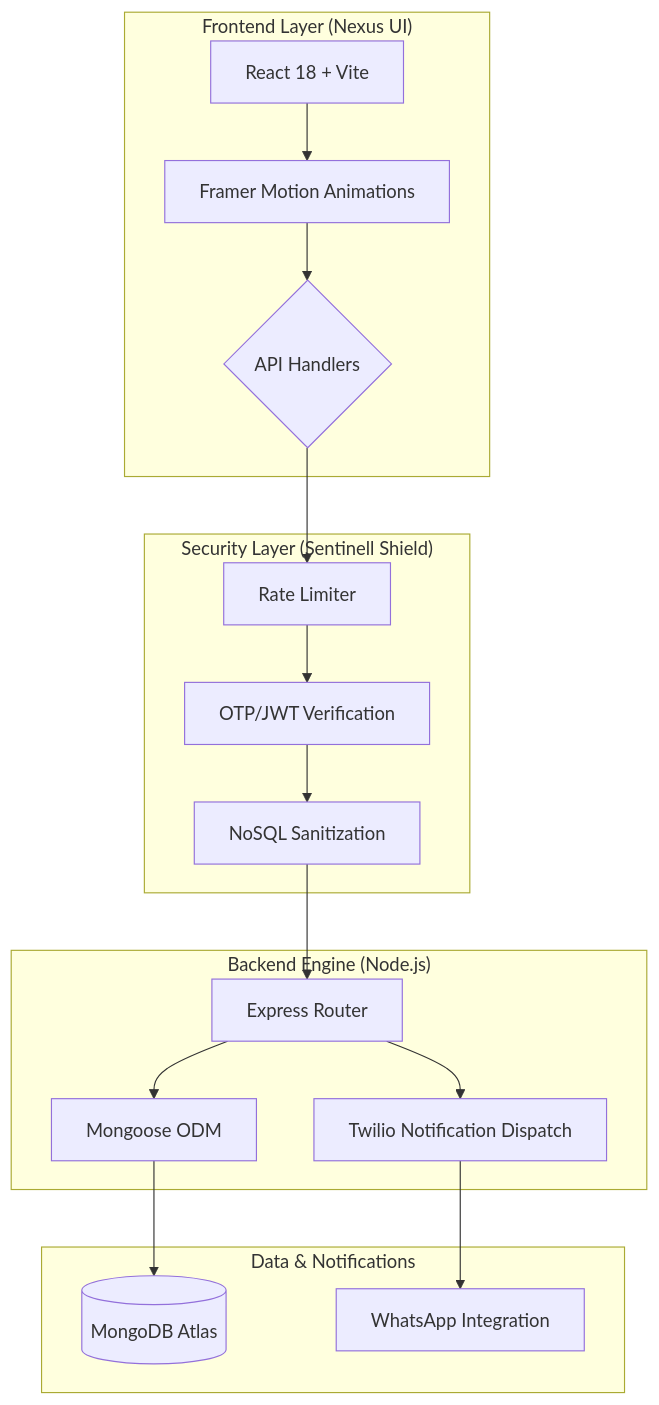
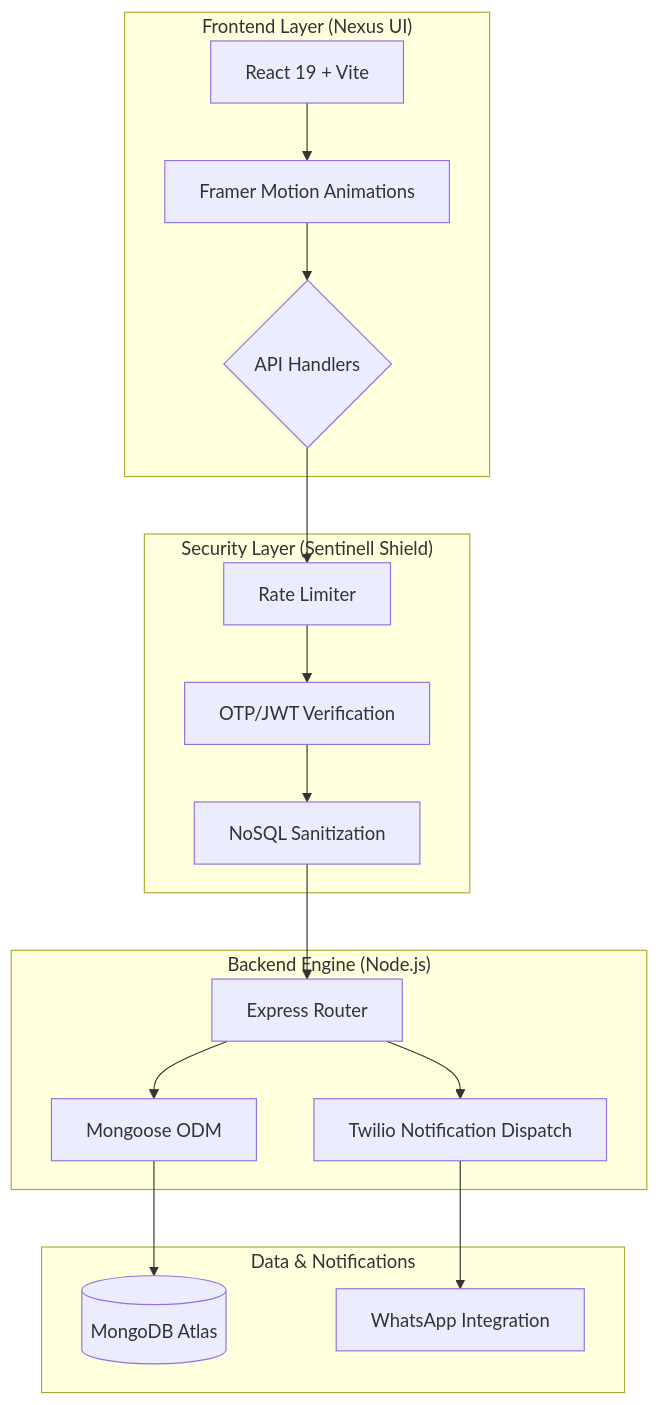
The diagram in README.md (jainayush02/Sentinell-My-Portfolio), drawn with Mermaid before and after one commit. The commit also changed other lines of this file and 14 other files, not shown here.

````diff
--- a/README.md
+++ b/README.md
@@ -7,24 +7,24 @@
 ```mermaid
 graph TD
     subgraph "Frontend Layer (Nexus UI)"
-        A[React 18 + Vite] --> B[Framer Motion Animations]
+        A[React 19 + Vite] --> B[Framer Motion Animations]
         B --> C{API Handlers}
     end
 
     subgraph "Security Layer (Sentinell Shield)"
         C --> D[Rate Limiter]
         D --> E[OTP/JWT Verification]
         E --> F[NoSQL Sanitization]
     end
 
     subgraph "Backend Engine (Node.js)"
         F --> G[Express Router]
         G --> H[Mongoose ODM]
         G --> I[Twilio Notification Dispatch]
     end
 
     subgraph "Data & Notifications"
         H --> J[(MongoDB Atlas)]
         I --> K[WhatsApp Integration]
     end
 ```
````
